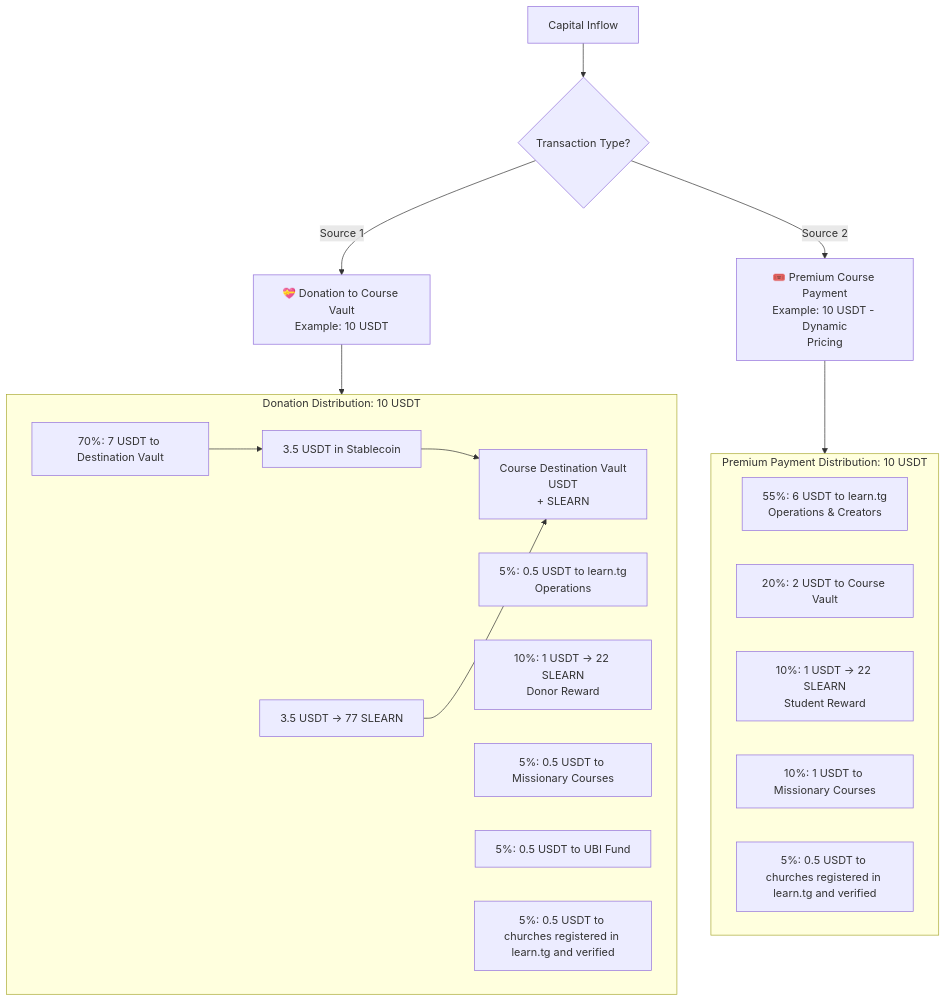
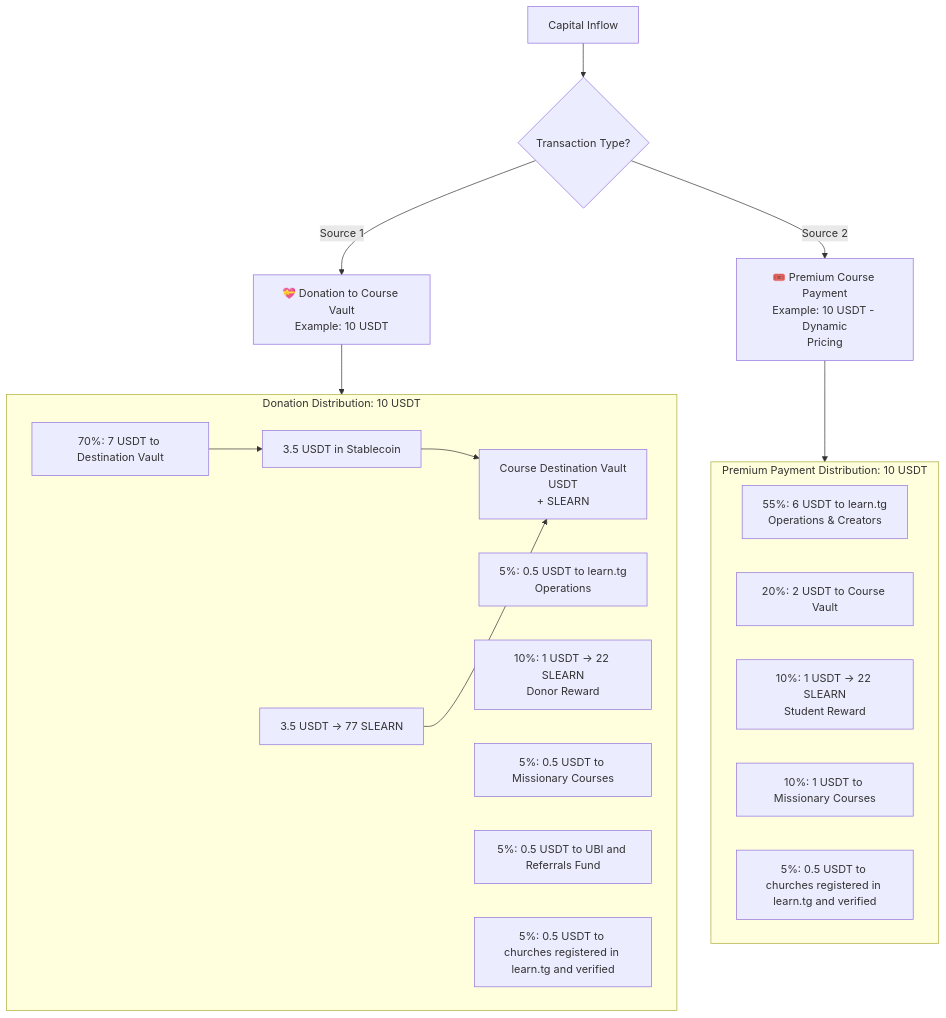
The first of 3 diagrams in SLEARN-WHITEPAPER.md (pasosdeJesus/learn.tg), drawn with Mermaid before and after one commit. The commit also changed other lines of this file, not shown here.

````diff
--- a/SLEARN-WHITEPAPER.md
+++ b/SLEARN-WHITEPAPER.md
@@ -63,34 +69,34 @@
 ```mermaid
 flowchart TB
     A[Capital Inflow] --> B{Transaction Type?}
     
     B -->|Source 1| C[💝 Donation to Course Vault<br>Example: 10 USDT]
     B -->|Source 2| D[🎟️ Premium Course Payment<br>Example: 10 USDT - Dynamic
 Pricing]
     
     C --> C1[Donation Distribution]
     D --> D1[Payment Distribution]
     
     subgraph C1 [Donation Distribution: 10 USDT]
         direction LR
         C1_1[70%: 7 USDT to Destination Vault] --> C1_1a
         C1_2[5%: 0.5 USDT to learn.tg<br>Operations]
         C1_3[10%: 1 USDT → 22 SLEARN<br>Donor Reward]
         C1_4[5%: 0.5 USDT to Missionary Courses]
-        C1_5[5%: 0.5 USDT to UBI Fund]
+        C1_5[5%: 0.5 USDT to UBI and Referrals Fund]
         C1_6[5%: 0.5 USDT to churches registered in learn.tg and verified]
         
         C1_1a[3.5 USDT in Stablecoin] --> C1_1b[Course Destination Vault<br>USDT
 + SLEARN]
         C1_1a2[3.5 USDT → 77 SLEARN] --> C1_1b
     end
     
     subgraph D1 [Premium Payment Distribution: 10 USDT]
         direction LR
         D1_1[55%: 6 USDT to learn.tg<br>Operations & Creators]
         D1_2[20%: 2 USDT to Course Vault]
         D1_3[10%: 1 USDT → 22 SLEARN<br>Student Reward]
         D1_4[10%: 1 USDT to Missionary Courses]
         D1_5[5%: 0.5 USDT to churches registered in learn.tg and verified]
     end
 ```
````
